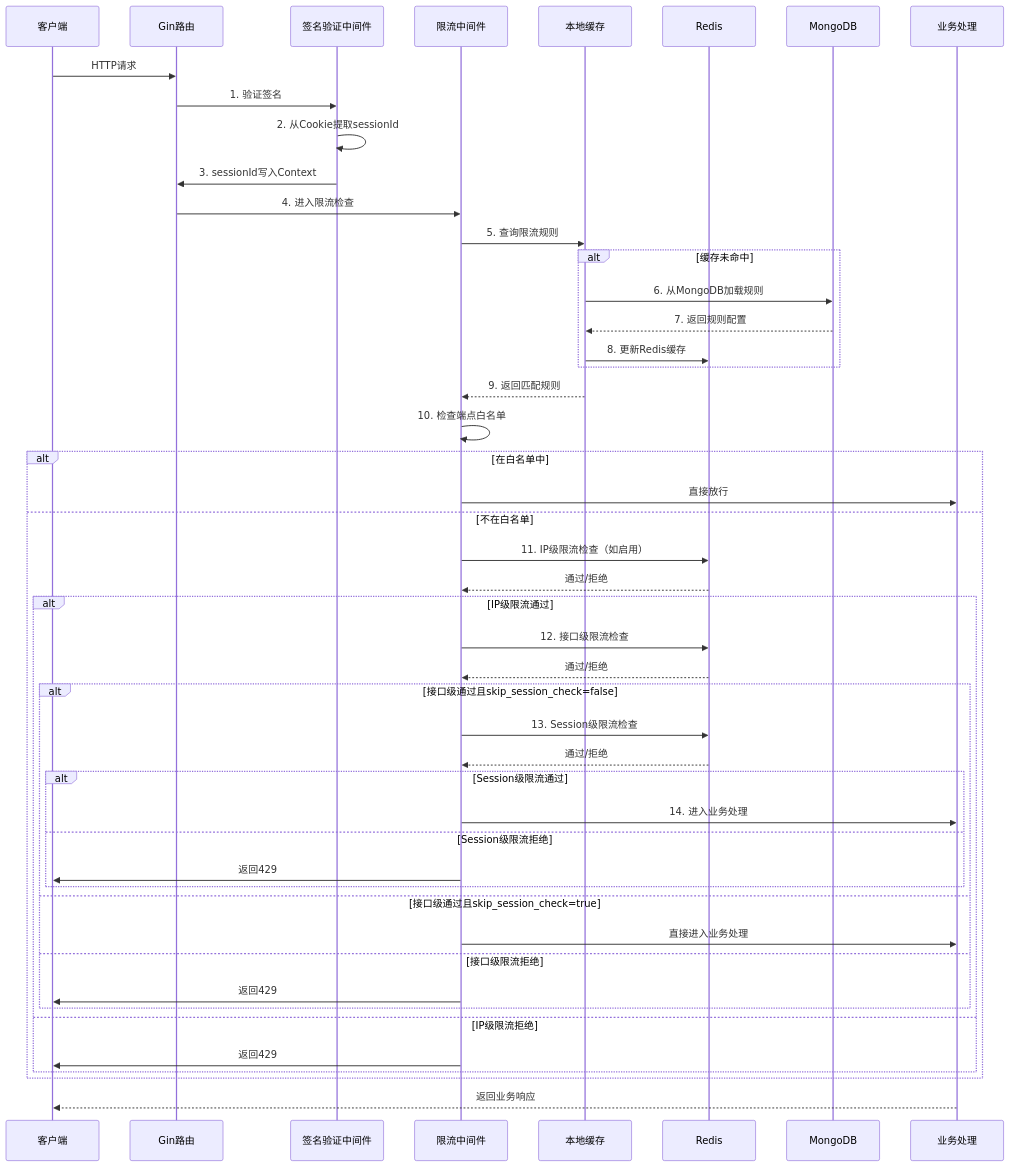
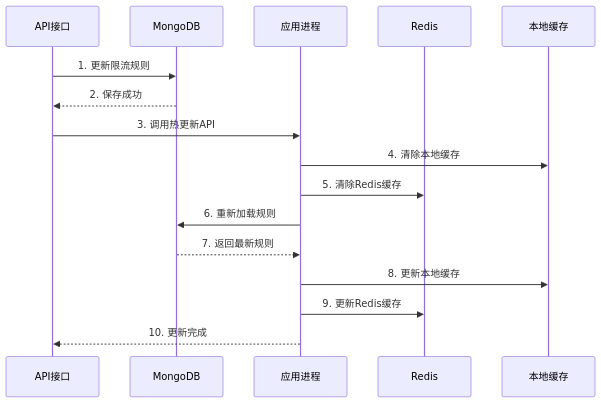
One commit to yingjianzh/iodraw-files changed the diagram in all/未命名-2.md. Above: the diagram before and after it, drawn with Mermaid.

Commit message:
2025-10-13 17:03:11 update

````diff
--- a/all/未命名-2.md
+++ b/all/未命名-2.md
@@ -1,57 +1,23 @@
 ```mermaid
+
 sequenceDiagram
-    participant Client as 客户端
-    participant Gin as Gin路由
-    participant Auth as 签名验证中间件
-    participant RL as 限流中间件
+    participant API as API接口
+    participant Mongo as MongoDB
+    participant App as 应用进程
+    participant Redis as Redis
     participant Cache as 本地缓存
-    participant Redis as Redis
-    participant Mongo as MongoDB
-    participant Business as 业务处理
     
-    Client->>Gin: HTTP请求
-    Gin->>Auth: 1. 验证签名
-    Auth->>Auth: 2. 从Cookie提取sessionId
-    Auth->>Gin: 3. sessionId写入Context
+    API->>Mongo: 1. 更新限流规则
+    Mongo-->>API: 2. 保存成功
     
-    Gin->>RL: 4. 进入限流检查
-    RL->>Cache: 5. 查询限流规则
-    alt 缓存未命中
-        Cache->>Mongo: 6. 从MongoDB加载规则
-        Mongo-->>Cache: 7. 返回规则配置
-        Cache->>Redis: 8. 更新Redis缓存
-    end
-    Cache-->>RL: 9. 返回匹配规则
+    API->>App: 3. 调用热更新API
+    App->>Cache: 4. 清除本地缓存
+    App->>Redis: 5. 清除Redis缓存
+    App->>Mongo: 6. 重新加载规则
+    Mongo-->>App: 7. 返回最新规则
     
-    RL->>RL: 10. 检查端点白名单
-    alt 在白名单中
-        RL->>Business: 直接放行
-    else 不在白名单
-        RL->>Redis: 11. IP级限流检查（如启用）
-        Redis-->>RL: 通过/拒绝
-        
-        alt IP级限流通过
-            RL->>Redis: 12. 接口级限流检查
-            Redis-->>RL: 通过/拒绝
-            
-            alt 接口级通过且skip_session_check=false
-                RL->>Redis: 13. Session级限流检查
-                Redis-->>RL: 通过/拒绝
-                
-                alt Session级限流通过
-                    RL->>Business: 14. 进入业务处理
-                else Session级限流拒绝
-                    RL->>Client: 返回429
-                end
-            else 接口级通过且skip_session_check=true
-                RL->>Business: 直接进入业务处理
-            else 接口级限流拒绝
-                RL->>Client: 返回429
-            end
-        else IP级限流拒绝
-            RL->>Client: 返回429
-        end
-    end
-    
-    Business-->>Client: 返回业务响应
+    App->>Cache: 8. 更新本地缓存
+    App->>Redis: 9. 更新Redis缓存
+    App-->>API: 10. 更新完成
+
 ```
````
